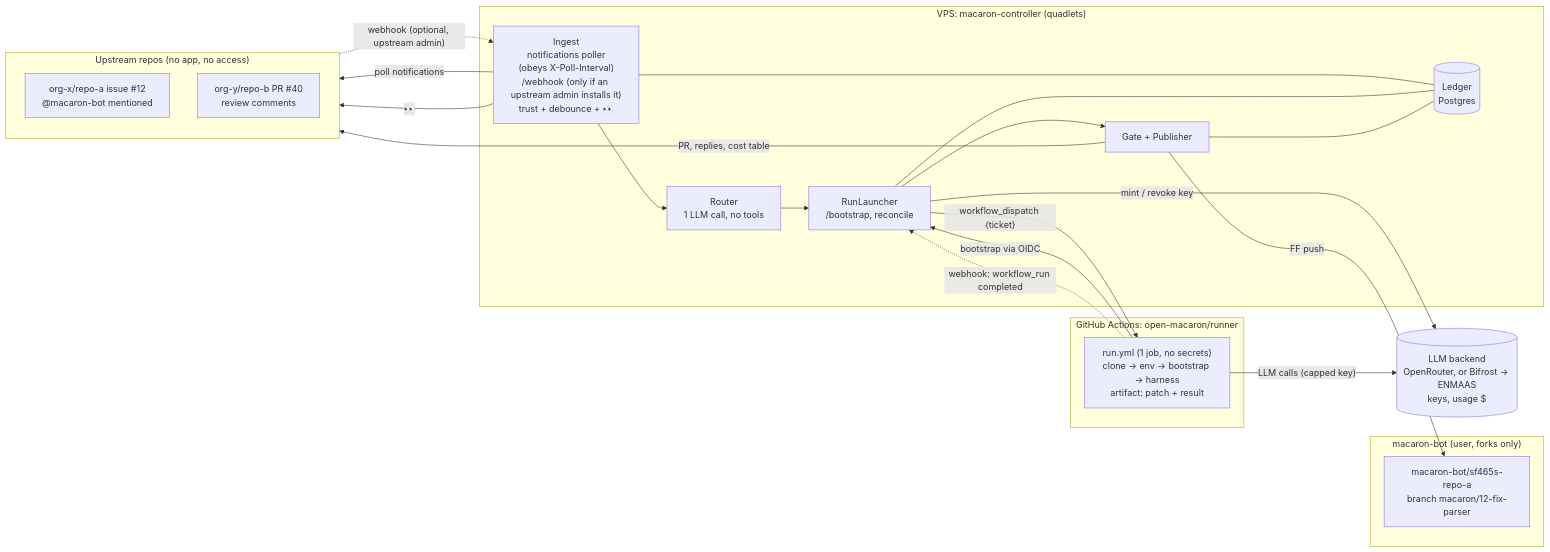
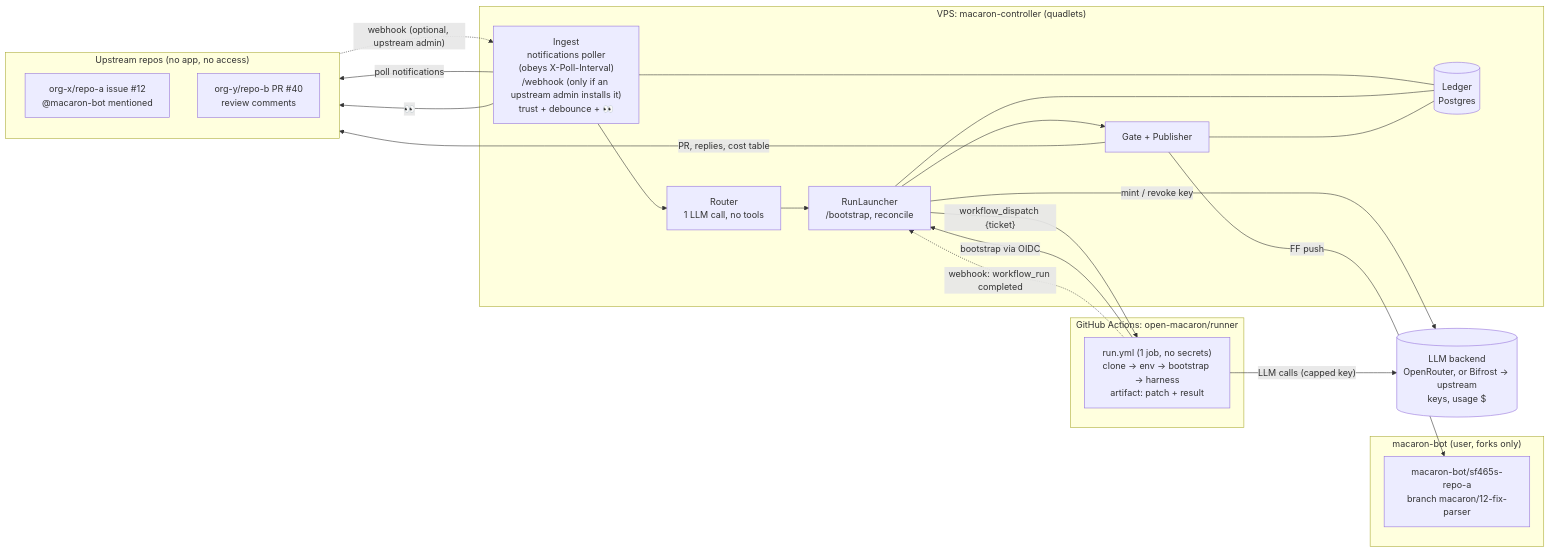
Before and after one commit to open-macaron/macaron: the first of 5 diagrams in docs/DESIGN.md, drawn with Mermaid. The commit also changed other lines of this file and 14 other files, not shown here.

First line of the commit message:
refactor(deploy): keep the LLM upstream's identity out of the repository

````diff
--- a/docs/DESIGN.md
+++ b/docs/DESIGN.md
@@ -20,35 +20,35 @@
 ```mermaid
 flowchart LR
   subgraph UP["Upstream repos (no app, no access)"]
     ISSUE["org-x/repo-a issue #12<br/>@macaron-bot mentioned"]
     PR["org-y/repo-b PR #40<br/>review comments"]
   end
   subgraph FORK["macaron-bot (user, forks only)"]
     BR["macaron-bot/sf465s-repo-a<br/>branch macaron/12-fix-parser"]
   end
   subgraph VPS["VPS: macaron-controller (quadlets)"]
     ING["Ingest<br/>notifications poller<br/>(obeys X-Poll-Interval)<br/>/webhook (only if an upstream admin installs it)<br/>trust + debounce + 👀"]
     ROU["Router<br/>1 LLM call, no tools"]
     RL["RunLauncher<br/>/bootstrap, reconcile"]
     PUB["Gate + Publisher"]
     DB[("Ledger<br/>Postgres")]
   end
   subgraph GHA["GitHub Actions: open-macaron/runner"]
     RUN["run.yml (1 job, no secrets)<br/>clone → env → bootstrap → harness<br/>artifact: patch + result"]
   end
-  OR[("LLM backend<br/>OpenRouter, or Bifrost → ENMAAS<br/>keys, usage $")]
+  OR[("LLM backend<br/>OpenRouter, or Bifrost → upstream<br/>keys, usage $")]
 
   ING -- "poll notifications" --> UP
   UP -. "webhook (optional, upstream admin)" .-> ING
   ING -- "👀" --> UP
   ING --> ROU --> RL
   RL -- "mint / revoke key" --> OR
   RL -- "workflow_dispatch {ticket}" --> RUN
   RUN -- "bootstrap via OIDC" --> RL
   RUN -- "LLM calls (capped key)" --> OR
   RUN -. "webhook: workflow_run completed" .-> RL
   RL --> PUB
   PUB -- "FF push" --> BR
   PUB -- "PR, replies, cost table" --> UP
   ING & RL & PUB --- DB
 ```
````
